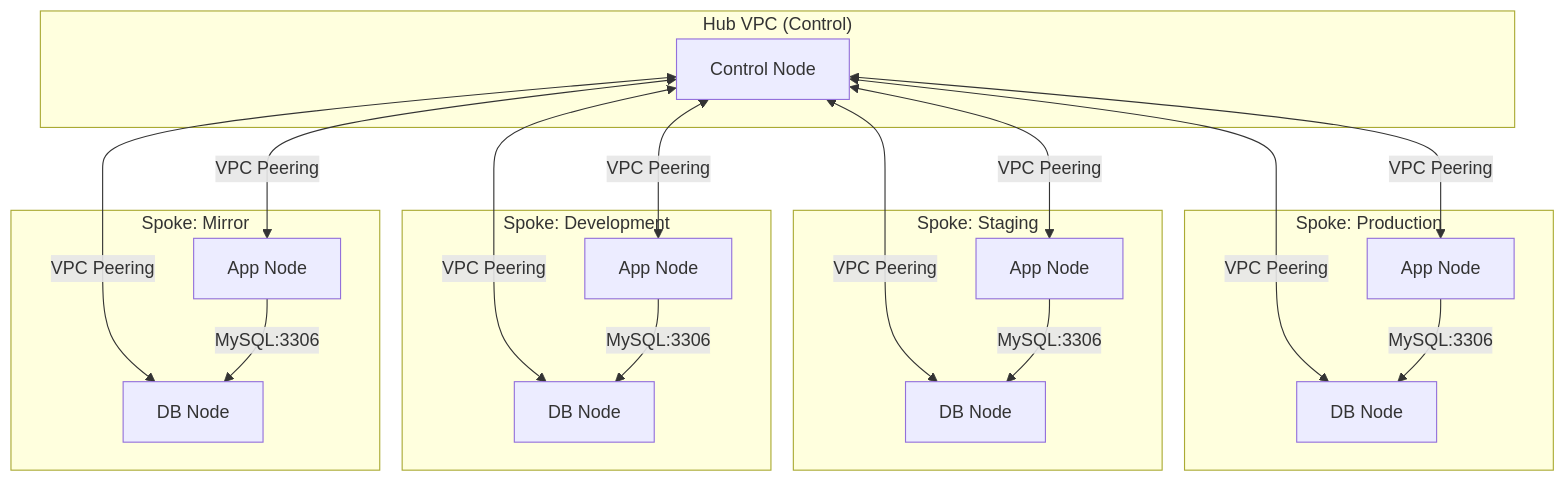
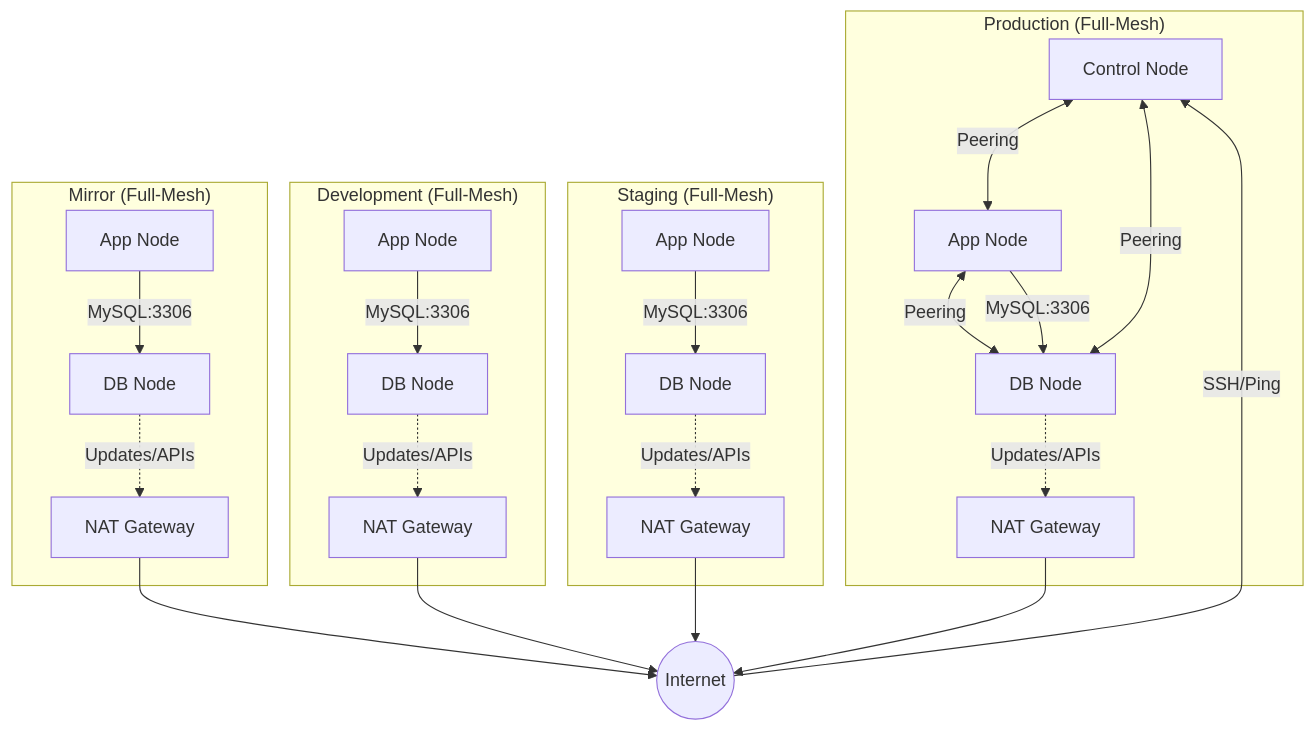
The diagram in PROJECT.md (ersaazis/project_terraform), drawn with Mermaid before and after one commit. The commit also changed other lines of this file and 94 other files, not shown here.

````diff
--- a/PROJECT.md
+++ b/PROJECT.md
@@ -9,40 +9,45 @@
 ```mermaid
 graph TD
-    subgraph "Hub VPC (Control)"
-        C[Control Node]
+    subgraph "Production (Full-Mesh)"
+        PC[Control Node]
+        PA[App Node]
+        PD[DB Node]
+        PNG[NAT Gateway]
     end
 
-    subgraph "Spoke: Production"
-        PA[App Node]
-        PD[DB Node]
+    subgraph "Staging (Full-Mesh)"
+        SA[App Node]
+        SD[DB Node]
+        SNG[NAT Gateway]
     end
 
-    subgraph "Spoke: Staging"
-        SA[App Node]
-        SD[DB Node]
+    subgraph "Development (Full-Mesh)"
+        DA[App Node]
+        DD[DB Node]
+        DNG[NAT Gateway]
+    end
+    
+    subgraph "Mirror (Full-Mesh)"
+        MA[App Node]
+        MD[DB Node]
+        MNG[NAT Gateway]
     end
 
-    subgraph "Spoke: Development"
-        DA[App Node]
-        DD[DB Node]
-    end
-    
-    subgraph "Spoke: Mirror"
-        MA[App Node]
-        MD[DB Node]
-    end
+    %% Full-Mesh Peering
+    PC <-->|Peering| PA
+    PC <-->|Peering| PD
+    PA <-->|Peering| PD
 
-    C <-->|VPC Peering| PA
-    C <-->|VPC Peering| PD
-    C <-->|VPC Peering| SA
-    C <-->|VPC Peering| SD
-    C <-->|VPC Peering| DA
-    C <-->|VPC Peering| DD
-    C <-->|VPC Peering| MA
-    C <-->|VPC Peering| MD
+    %% External Access
+    Internet((Internet)) -->|SSH/Ping| PC
+    PD -.->|Updates/APIs| PNG --> Internet
+    SD -.->|Updates/APIs| SNG --> Internet
+    DD -.->|Updates/APIs| DNG --> Internet
+    MD -.->|Updates/APIs| MNG --> Internet
 
+    %% Service Traffic
     PA -->|MySQL:3306| PD
     SA -->|MySQL:3306| SD
     DA -->|MySQL:3306| DD
     MA -->|MySQL:3306| MD
 ```
````
